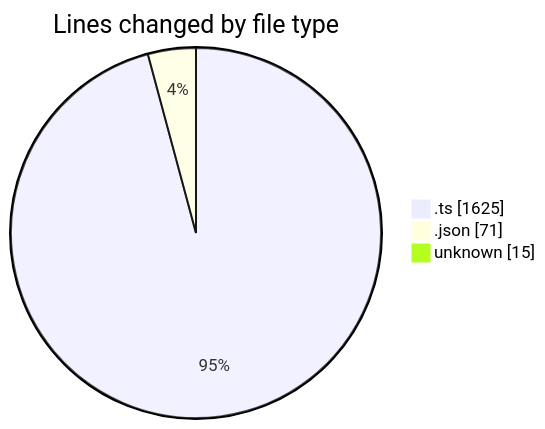
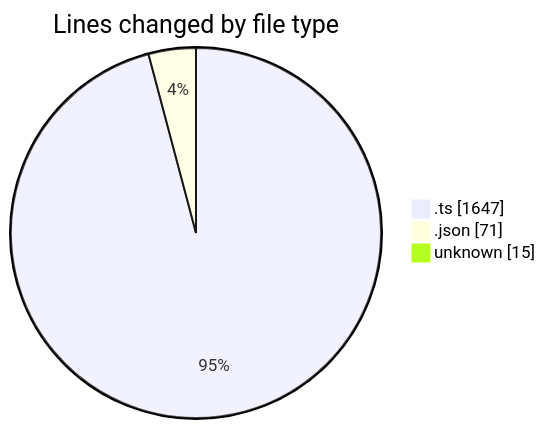
One commit to lephambinh05/code-tracking changed the first of 2 diagrams in 2025-09-12/hiai-phf/README.md. Above: the diagram before and after it, drawn with Mermaid. The commit also changed other lines of this file and 1 other file, not shown here.

````diff
--- a/2025-09-12/hiai-phf/README.md
+++ b/2025-09-12/hiai-phf/README.md
@@ -25,7 +25,7 @@
 ```mermaid
 pie showData
 title Lines changed by file type
-".ts" : 1625
+".ts" : 1647
 ".json" : 71
 "unknown" : 15
 ```
````
